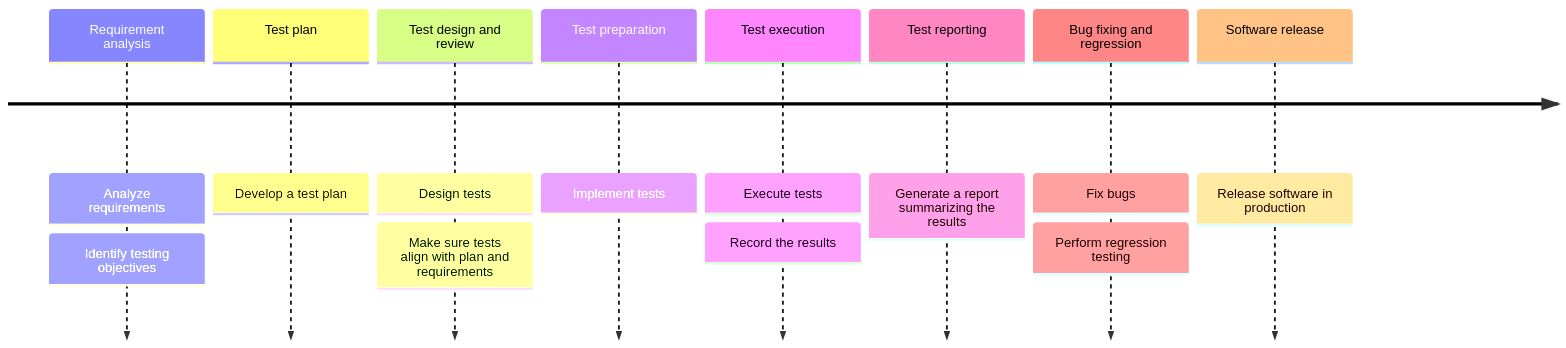
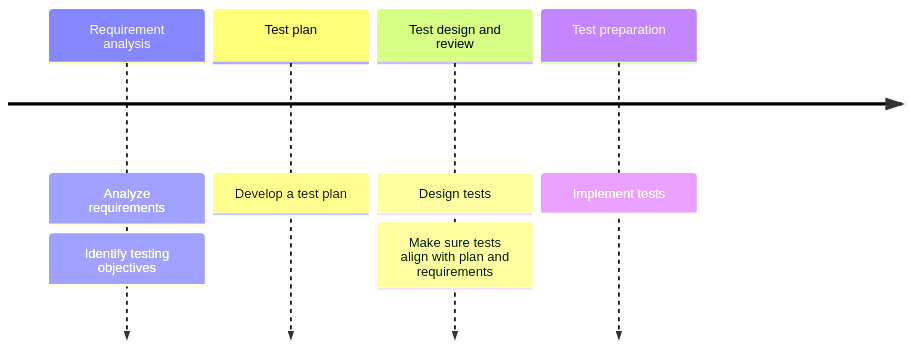
The seventh of 10 diagrams in lectures/large-language-models-for-software-engineering.md (fglmtt/coding), drawn with Mermaid before and after one commit. The commit also changed other lines of this file, not shown here.

````diff
--- a/lectures/large-language-models-for-software-engineering.md
+++ b/lectures/large-language-models-for-software-engineering.md
@@ -394,23 +394,13 @@
 ```mermaid
 timeline
     Requirement analysis
         : Analyze requirements
         : Identify testing objectives
     Test plan
         : Develop a test plan
     Test design and review
         : Design tests
         : Make sure tests align with plan and requirements
     Test preparation
         : Implement tests
-    Test execution
-        : Execute tests
-        : Record the results
-    Test reporting
-        : Generate a report summarizing the results
-    Bug fixing and regression
-        : Fix bugs
-        : Perform regression testing
-    Software release
-        : Release software in production
 ```
````
